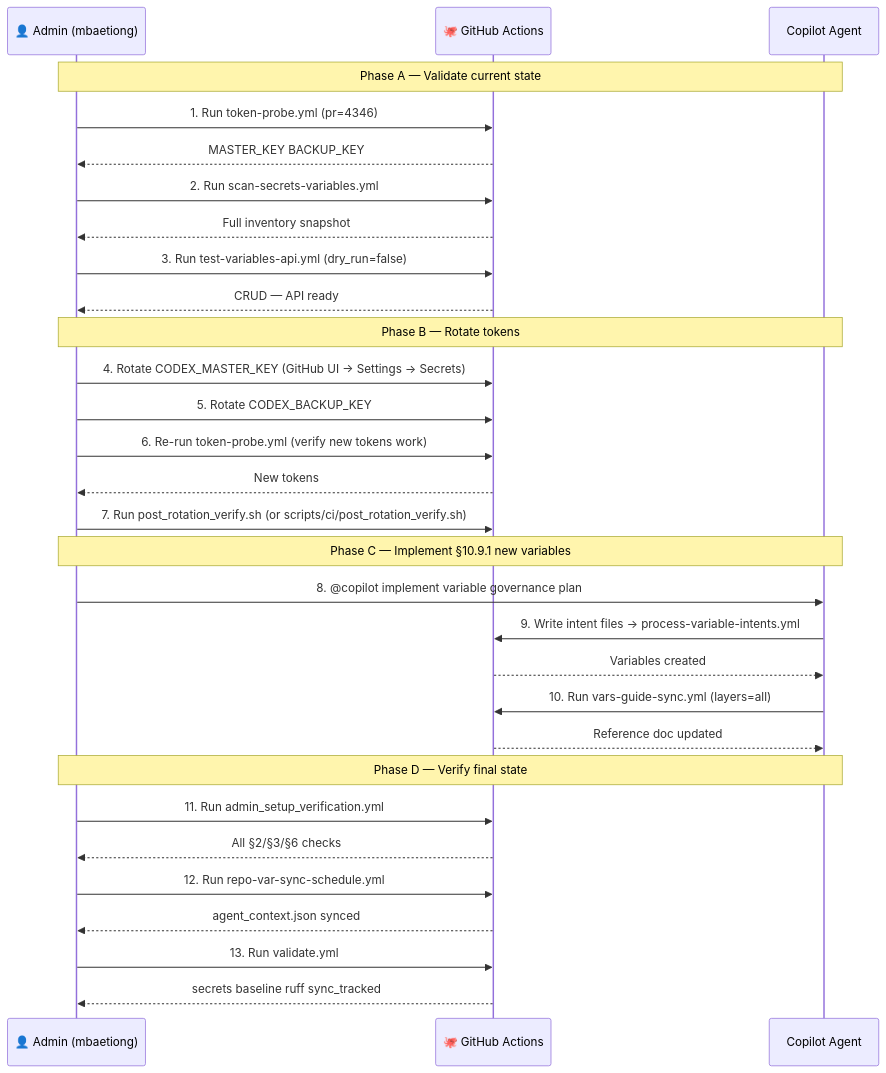
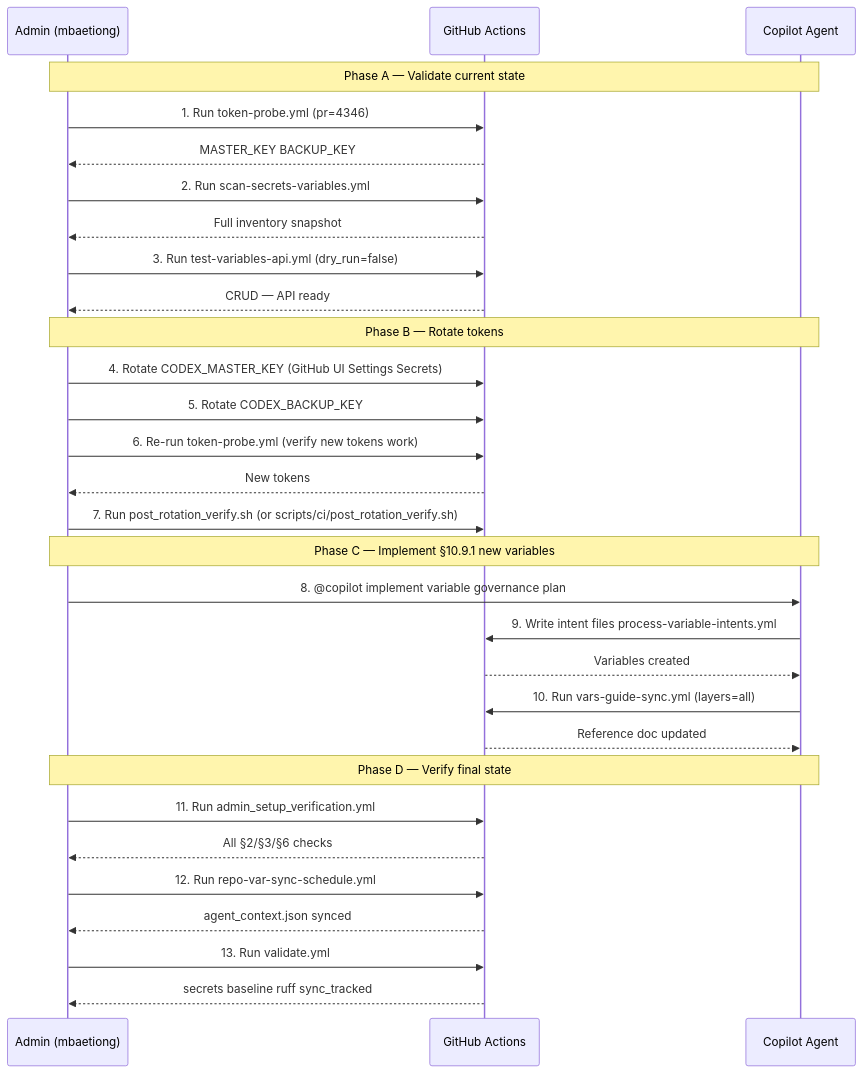
Diagram 17 of 19 in docs/reference/ELEVATED_PRIVILEGES_TOKEN_REVIEW.md (Aries-Serpent/_codex_), drawn with Mermaid before and after one commit. The commit also changed other lines of this file and 4117 other files, not shown here.

First line of the commit message:
Phase A: v0.2.0 Production Infrastructure Deployment - Ready for Release (#5334)

````diff
--- a/docs/reference/ELEVATED_PRIVILEGES_TOKEN_REVIEW.md
+++ b/docs/reference/ELEVATED_PRIVILEGES_TOKEN_REVIEW.md
@@ -2134,37 +2205,47 @@
 ```mermaid
-%%{init: {'accessibility': {'title': 'Sequence Diagram: >>Admin: MASTER_KEY  BACKUP_K'}}%%
+%%{init: {'accessibility': {'title': 'Sequence Diagram: >>Admin: MASTER_KEY BACKUP_K'}}%%
+
 sequenceDiagram
-    participant Admin as 👤 Admin (mbaetiong)
-    participant GH as 🐙 GitHub Actions
-    participant Copilot as  Copilot Agent
+ participant Admin as Admin (mbaetiong)
+ participant GH as GitHub Actions
+ participant Copilot as Copilot Agent
 
-    Note over Admin,Copilot: Phase A — Validate current state
-    Admin->>GH: 1. Run token-probe.yml (pr=4346)
-    GH-->>Admin: MASTER_KEY  BACKUP_KEY 
-    Admin->>GH: 2. Run scan-secrets-variables.yml
-    GH-->>Admin: Full inventory snapshot
-    Admin->>GH: 3. Run test-variables-api.yml (dry_run=false)
-    GH-->>Admin: CRUD  — API ready
+ Note over Admin,Copilot: Phase A — Validate current state
+ Admin->>GH: 1. Run token-probe.yml (pr=4346)
 
-    Note over Admin,Copilot: Phase B — Rotate tokens
-    Admin->>GH: 4. Rotate CODEX_MASTER_KEY (GitHub UI → Settings → Secrets)
-    Admin->>GH: 5. Rotate CODEX_BACKUP_KEY
-    Admin->>GH: 6. Re-run token-probe.yml (verify new tokens work)
-    GH-->>Admin: New tokens 
-    Admin->>GH: 7. Run post_rotation_verify.sh (or scripts/ci/post_rotation_verify.sh)
+ GH-->>Admin: MASTER_KEY BACKUP_KEY 
+ Admin->>GH: 2. Run scan-secrets-variables.yml
 
-    Note over Admin,Copilot: Phase C — Implement §10.9.1 new variables
-    Admin->>Copilot: 8. @copilot implement variable governance plan
-    Copilot->>GH: 9. Write intent files → process-variable-intents.yml
-    GH-->>Copilot: Variables created 
-    Copilot->>GH: 10. Run vars-guide-sync.yml (layers=all)
-    GH-->>Copilot: Reference doc updated 
+ GH-->>Admin: Full inventory snapshot
+ Admin->>GH: 3. Run test-variables-api.yml (dry_run=false)
 
-    Note over Admin,Copilot: Phase D — Verify final state
-    Admin->>GH: 11. Run admin_setup_verification.yml
-    GH-->>Admin: All §2/§3/§6 checks 
-    Admin->>GH: 12. Run repo-var-sync-schedule.yml
-    GH-->>Admin: agent_context.json synced 
-    Admin->>GH: 13. Run validate.yml
-    GH-->>Admin: secrets baseline  ruff  sync_tracked 
+ GH-->>Admin: CRUD — API ready
+
+ Note over Admin,Copilot: Phase B — Rotate tokens
+ Admin->>GH: 4. Rotate CODEX_MASTER_KEY (GitHub UI Settings Secrets)
+ Admin->>GH: 5. Rotate CODEX_BACKUP_KEY
+ Admin->>GH: 6. Re-run token-probe.yml (verify new tokens work)
+
+ GH-->>Admin: New tokens 
+ Admin->>GH: 7. Run post_rotation_verify.sh (or scripts/ci/post_rotation_verify.sh)
+
+ Note over Admin,Copilot: Phase C — Implement §10.9.1 new variables
+ Admin->>Copilot: 8. @copilot implement variable governance plan
+ Copilot->>GH: 9. Write intent files process-variable-intents.yml
+
+ GH-->>Copilot: Variables created 
+ Copilot->>GH: 10. Run vars-guide-sync.yml (layers=all)
+
+ GH-->>Copilot: Reference doc updated 
+
+ Note over Admin,Copilot: Phase D — Verify final state
+ Admin->>GH: 11. Run admin_setup_verification.yml
+
+ GH-->>Admin: All §2/§3/§6 checks 
+ Admin->>GH: 12. Run repo-var-sync-schedule.yml
+
+ GH-->>Admin: agent_context.json synced 
+ Admin->>GH: 13. Run validate.yml
+
+ GH-->>Admin: secrets baseline ruff sync_tracked
 ```
````
